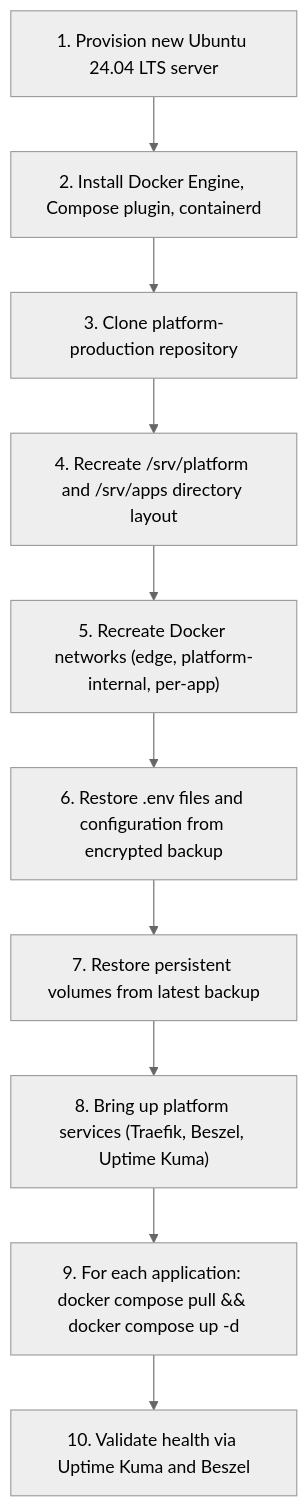
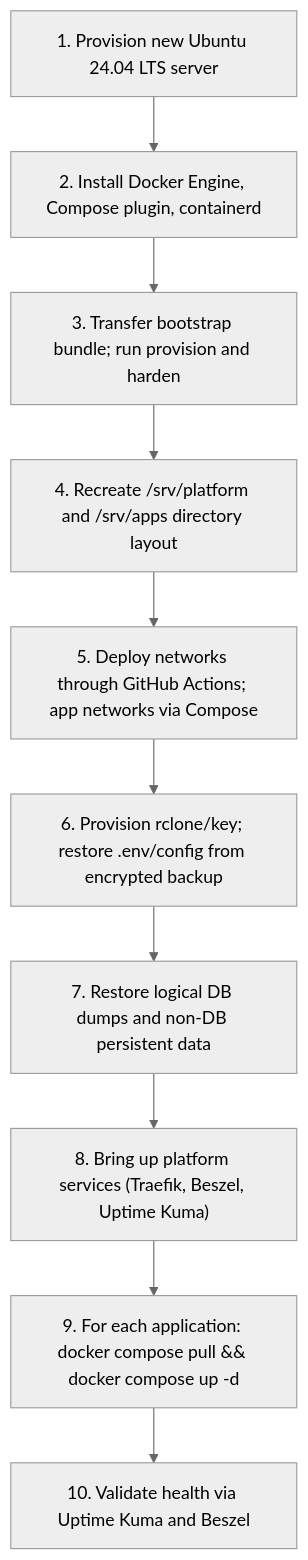
Before and after one commit to Basith-08/platform-production: the diagram in docs/01-architecture/ARCH-010-disaster-recovery-architecture.md, drawn with Mermaid (neutral theme). The commit also changed other lines of this file and 56 other files, not shown here.

````diff
--- a/docs/01-architecture/ARCH-010-disaster-recovery-architecture.md
+++ b/docs/01-architecture/ARCH-010-disaster-recovery-architecture.md
@@ -53,15 +53,15 @@
 ```mermaid
 flowchart TB
     A["1. Provision new Ubuntu 24.04 LTS server"]
     B["2. Install Docker Engine, Compose plugin, containerd"]
-    C["3. Clone platform-production repository"]
+    C["3. Transfer bootstrap bundle; run provision and harden"]
     D["4. Recreate /srv/platform and /srv/apps directory layout"]
-    E["5. Recreate Docker networks (edge, platform-internal, per-app)"]
-    F["6. Restore .env files and configuration from encrypted backup"]
-    G["7. Restore persistent volumes from latest backup"]
+    E["5. Deploy networks through GitHub Actions; app networks via Compose"]
+    F["6. Provision rclone/key; restore .env/config from encrypted backup"]
+    G["7. Restore logical DB dumps and non-DB persistent data"]
     H["8. Bring up platform services (Traefik, Beszel, Uptime Kuma)"]
     I["9. For each application: docker compose pull && docker compose up -d"]
     J["10. Validate health via Uptime Kuma and Beszel"]
 
     A --> B --> C --> D --> E --> F --> G --> H --> I --> J
 ```
````
